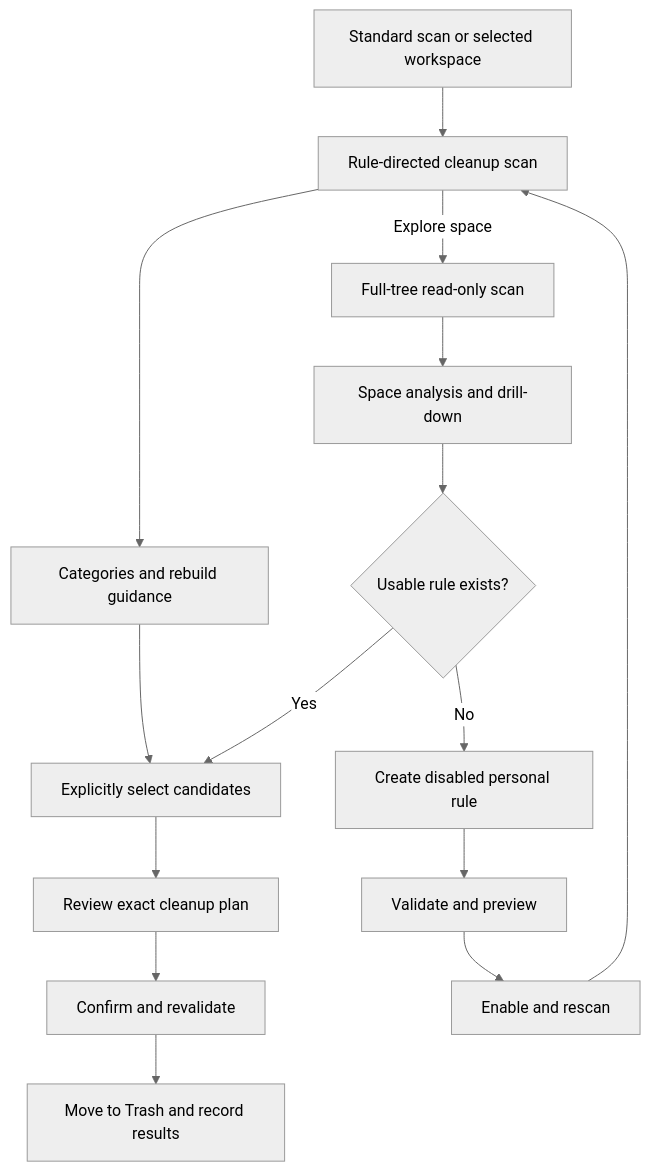
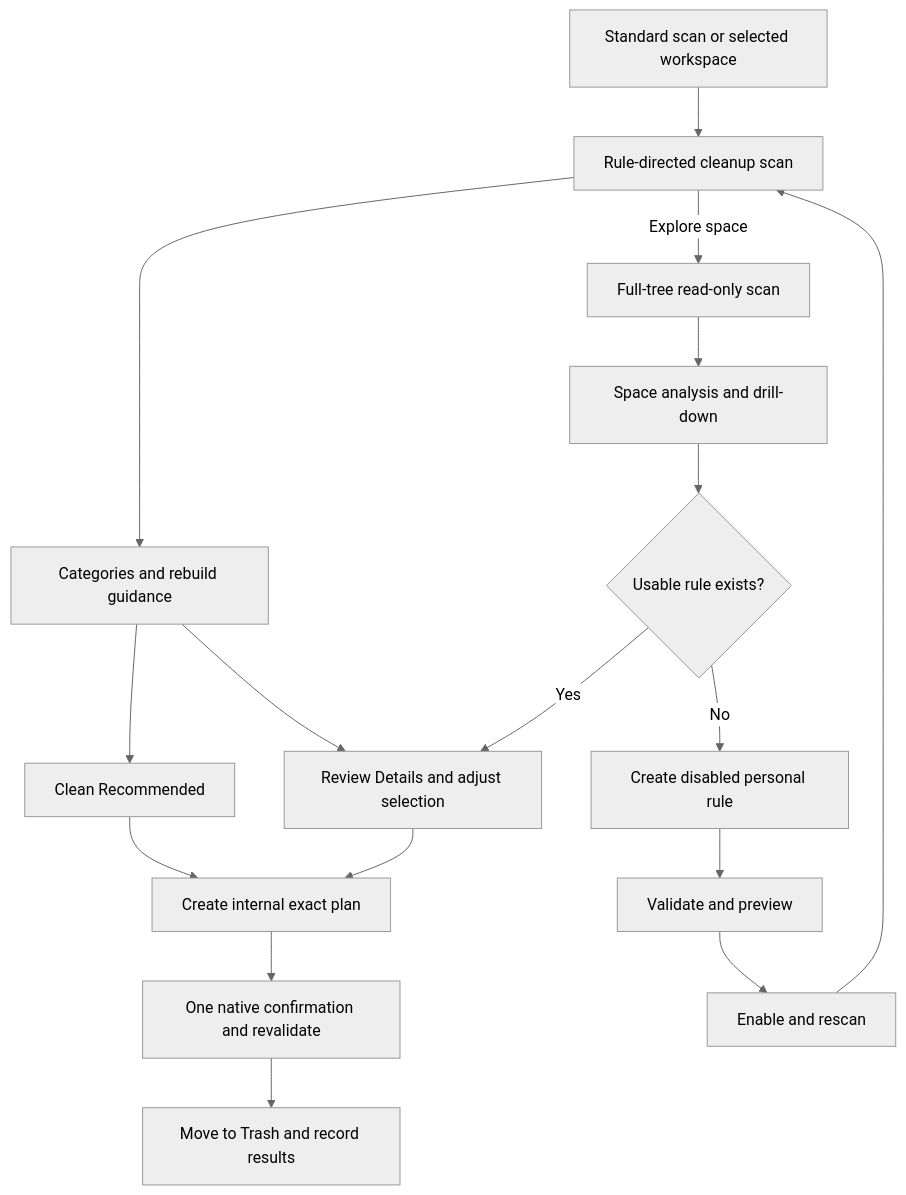
Before and after one commit to limecloud/shou: the second of 2 diagrams in docs/product/macos-experience.md, drawn with Mermaid (neutral theme). The commit also changed other lines of this file and 99 other files, not shown here.

````diff
--- a/docs/product/macos-experience.md
+++ b/docs/product/macos-experience.md
@@ -130,17 +142,19 @@
 ```mermaid
 flowchart TD
     Choose[Standard scan or selected workspace] --> Scan[Rule-directed cleanup scan]
     Scan --> Cleanup[Categories and rebuild guidance]
     Scan -->|Explore space| FullScan[Full-tree read-only scan]
     FullScan --> Analysis[Space analysis and drill-down]
     Analysis --> Known{Usable rule exists?}
     Known -->|Yes| Select[Explicitly select candidates]
     Known -->|No| Draft[Create disabled personal rule]
     Draft --> Preview[Validate and preview]
     Preview --> Enable[Enable and rescan]
     Enable --> Scan
-    Cleanup --> Select
-    Select --> Plan[Review exact cleanup plan]
-    Plan --> Confirm[Confirm and revalidate]
+    Cleanup --> Quick[Clean Recommended]
+    Cleanup --> Select[Review Details and adjust selection]
+    Quick --> Plan[Create internal exact plan]
+    Select --> Plan
+    Plan --> Confirm[One native confirmation and revalidate]
     Confirm --> Trash[Move to Trash and record results]
 ```
````
